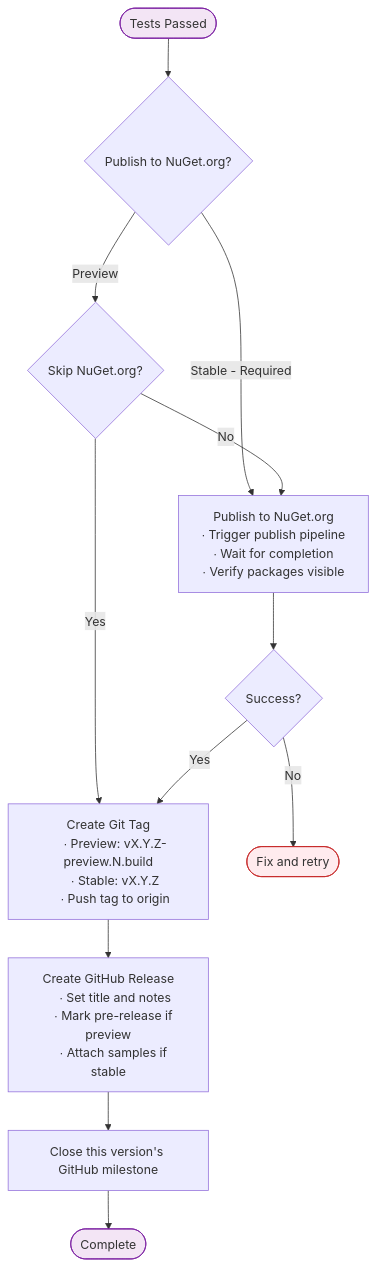
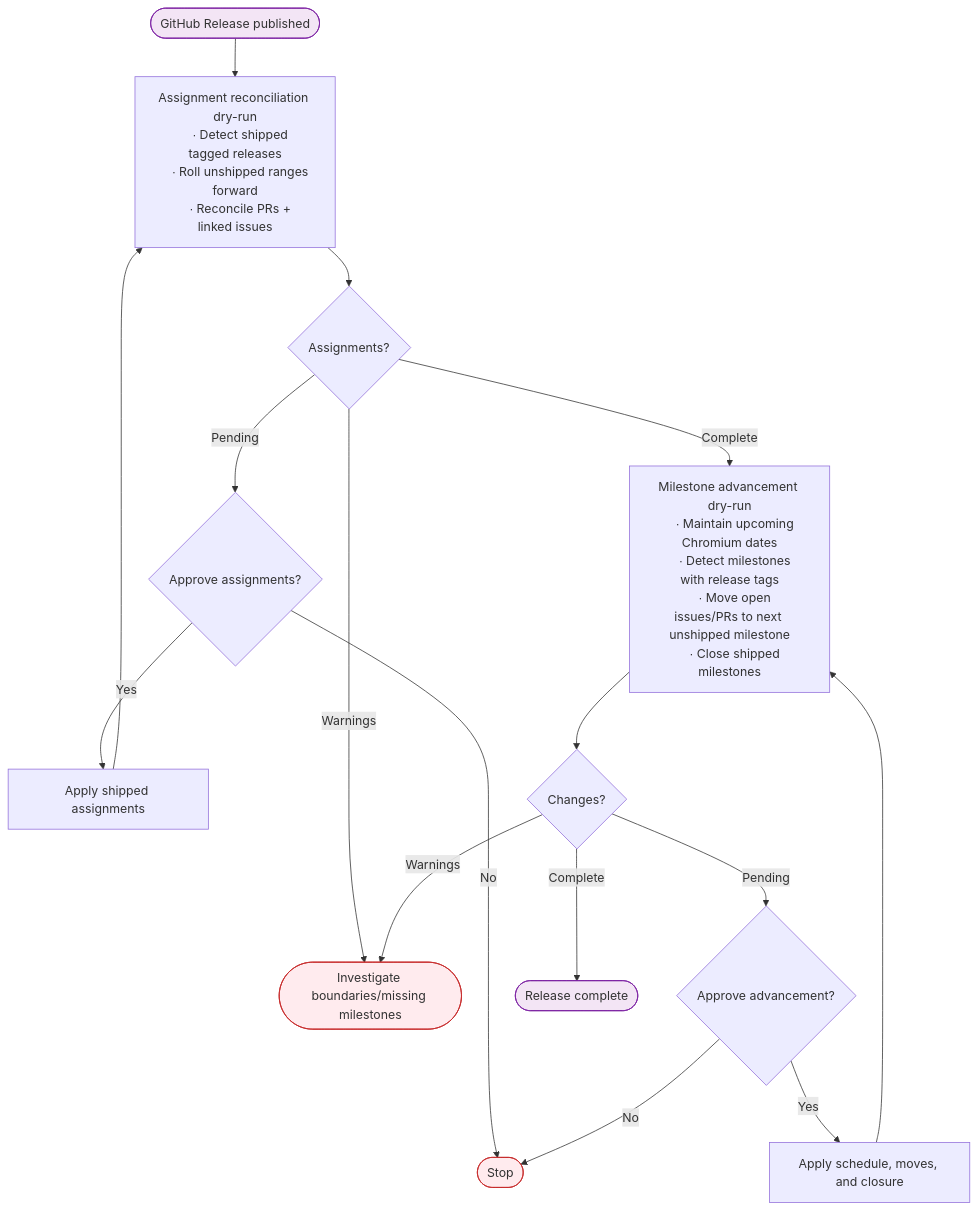
The fourth of 4 diagrams in documentation/dev/releasing.md (mono/SkiaSharp), drawn with Mermaid before and after one commit. The commit also changed other lines of this file and 46 other files, not shown here.

````diff
--- a/documentation/dev/releasing.md
+++ b/documentation/dev/releasing.md
@@ -246,38 +299,30 @@
 ```mermaid
 flowchart TB
-    START([Tests Passed]) --> REQ{Publish to NuGet.org?}
-    
-    REQ -->|Stable - Required| PUBLISH
-    REQ -->|Preview| SKIP{Skip NuGet.org?}
-    SKIP -->|Yes| TAG
-    SKIP -->|No| PUBLISH
-    
-    PUBLISH["Publish to NuGet.org
-    ∙ Trigger publish pipeline
-    ∙ Wait for completion
-    ∙ Verify packages visible"]
-    
-    PUBLISH --> STATUS{Success?}
-    STATUS -->|No| FAILED([Fix and retry])
-    STATUS -->|Yes| TAG
-    
-    TAG["Create Git Tag
-    ∙ Preview: vX.Y.Z-preview.N.build
-    ∙ Stable: vX.Y.Z
-    ∙ Push tag to origin"]
-    
-    TAG --> RELEASE
-    
-    RELEASE["Create GitHub Release
-    ∙ Set title and notes
-    ∙ Mark pre-release if preview
-    ∙ Attach samples if stable"]
-    
-    RELEASE --> MILESTONE[Close this version's GitHub milestone]
-    MILESTONE --> DONE([Complete])
+    START([GitHub Release published]) --> RECONCILE
+    RECONCILE["Assignment reconciliation dry-run
+    ∙ Detect shipped tagged releases
+    ∙ Roll unshipped ranges forward
+    ∙ Reconcile PRs + linked issues"] --> RECONCILE_DECIDE{Assignments?}
+    RECONCILE_DECIDE -->|Warnings| BLOCKED([Investigate boundaries/missing milestones])
+    RECONCILE_DECIDE -->|Pending| RECONCILE_APPROVE{Approve assignments?}
+    RECONCILE_APPROVE -->|No| STOP([Stop])
+    RECONCILE_APPROVE -->|Yes| RECONCILE_APPLY[Apply shipped assignments]
+    RECONCILE_APPLY --> RECONCILE
+    RECONCILE_DECIDE -->|Complete| ADVANCE
+    ADVANCE["Milestone advancement dry-run
+    ∙ Maintain upcoming Chromium dates
+    ∙ Detect milestones with release tags
+    ∙ Move open issues/PRs to next unshipped milestone
+    ∙ Close shipped milestones"] --> ADVANCE_DECIDE{Changes?}
+    ADVANCE_DECIDE -->|Warnings| BLOCKED
+    ADVANCE_DECIDE -->|Pending| ADVANCE_APPROVE{Approve advancement?}
+    ADVANCE_APPROVE -->|No| STOP
+    ADVANCE_APPROVE -->|Yes| ADVANCE_APPLY[Apply schedule, moves, and closure]
+    ADVANCE_APPLY --> ADVANCE
+    ADVANCE_DECIDE -->|Complete| DONE([Release complete])
 
     classDef error fill:#ffebee,stroke:#c62828
     classDef endpoint fill:#f3e5f5,stroke:#7b1fa2
-    class FAILED error
+    class BLOCKED,STOP error
     class START,DONE endpoint
 ```
````
